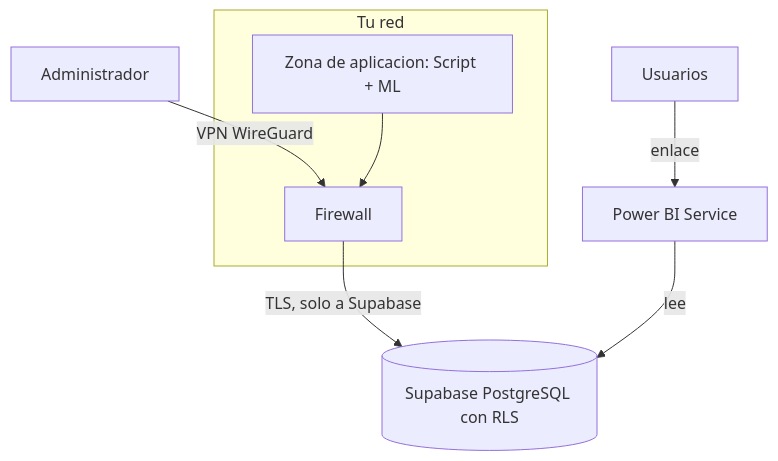
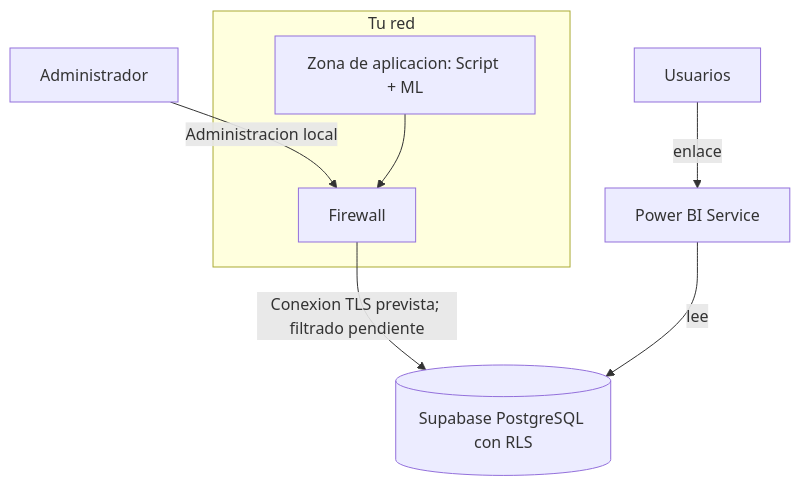
Before and after one commit to forja-algoritmica/Salon106: the diagram in docs/diagrama-red.md, drawn with Mermaid. The commit also changed 3 other files, not shown here.

````diff
--- a/docs/diagrama-red.md
+++ b/docs/diagrama-red.md
@@ -3,10 +3,10 @@
 ```mermaid
 flowchart TD
-    ADM[Administrador] -- VPN WireGuard --> FW
+    ADM[Administrador] -- Administracion local --> FW
     subgraph RED[Tu red]
         APP[Zona de aplicacion: Script + ML] --> FW[Firewall]
     end
-    FW -- TLS, solo a Supabase --> SB[(Supabase PostgreSQL con RLS)]
+    FW -- Conexion TLS prevista; filtrado pendiente --> SB[(Supabase PostgreSQL con RLS)]
     PBI[Power BI Service] -- lee --> SB
     USR[Usuarios] -- enlace --> PBI
 ```
````
